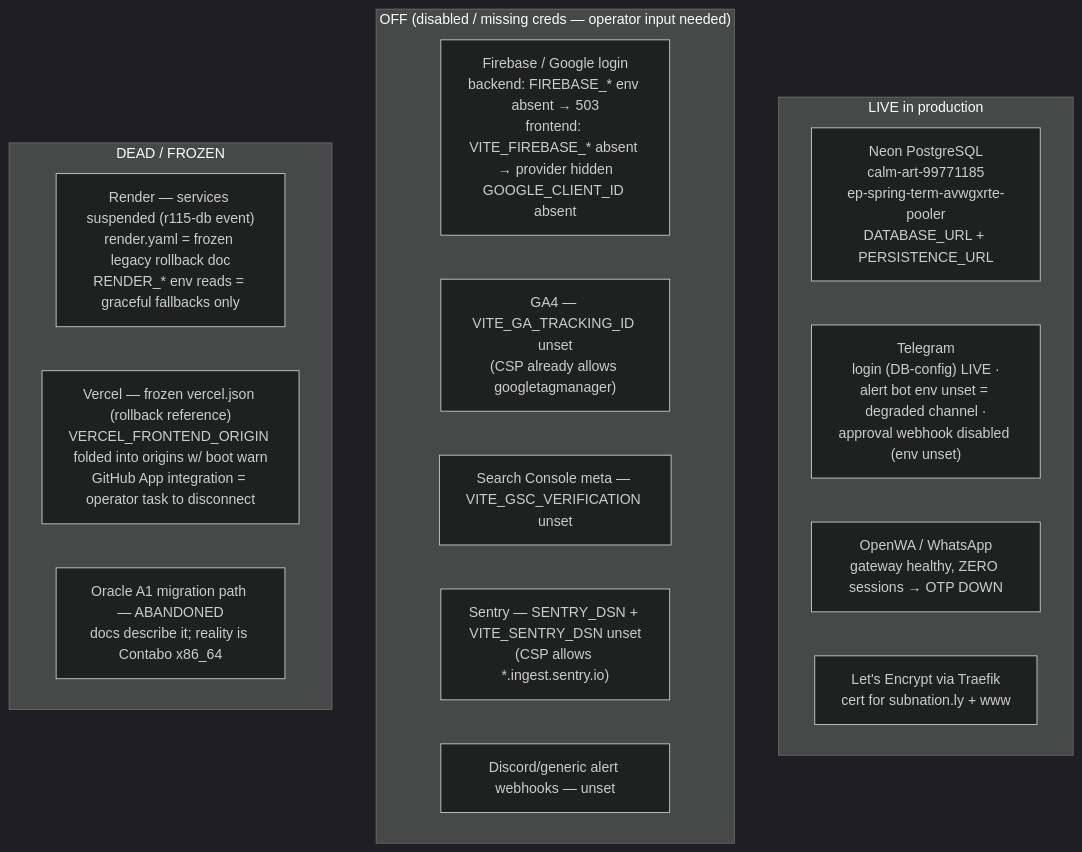
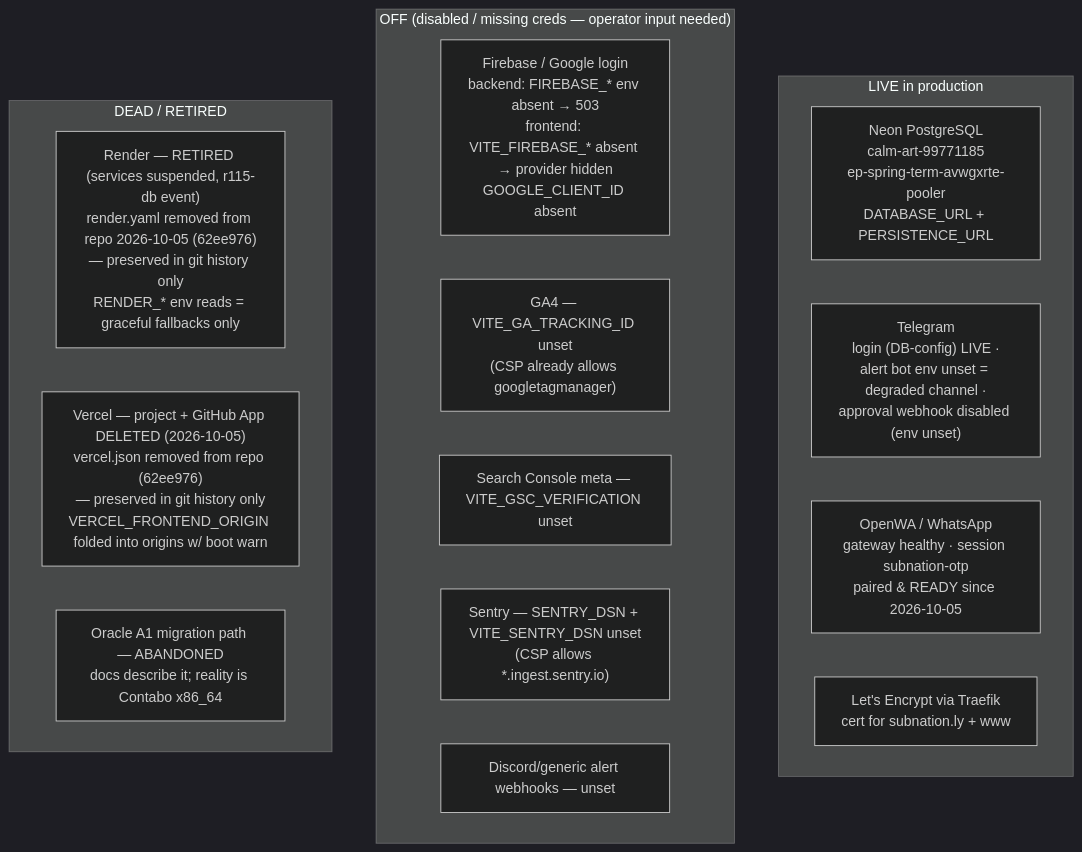
The diagram in docs/project-graph/10-external-integrations.mmd (ahmadmedo1012/SubNation2), drawn with Mermaid (dark theme) before and after one commit. The commit also changed 43 other files, not shown here.

```diff
--- a/docs/project-graph/10-external-integrations.mmd
+++ b/docs/project-graph/10-external-integrations.mmd
@@ -1,22 +1,22 @@
 %% External integrations — verified status 2026-10-05
 graph TB
     subgraph LIVE["LIVE in production"]
         NEON["Neon PostgreSQL<br/>calm-art-99771185<br/>ep-spring-term-avwgxrte-pooler<br/>DATABASE_URL + PERSISTENCE_URL"]
         TG["Telegram<br/>login (DB-config) LIVE ·<br/>alert bot env unset = degraded channel ·<br/>approval webhook disabled (env unset)"]
-        WA["OpenWA / WhatsApp<br/>gateway healthy, ZERO sessions → OTP DOWN"]
+        WA["OpenWA / WhatsApp<br/>gateway healthy · session subnation-otp<br/>paired & READY since 2026-10-05"]
         GSC2["Let's Encrypt via Traefik<br/>cert for subnation.ly + www"]
     end
 
     subgraph OFF["OFF (disabled / missing creds — operator input needed)"]
         FB["Firebase / Google login<br/>backend: FIREBASE_* env absent → 503<br/>frontend: VITE_FIREBASE_* absent → provider hidden<br/>GOOGLE_CLIENT_ID absent"]
         GA["GA4 — VITE_GA_TRACKING_ID unset<br/>(CSP already allows googletagmanager)"]
         GSC["Search Console meta — VITE_GSC_VERIFICATION unset"]
         SENTRY["Sentry — SENTRY_DSN + VITE_SENTRY_DSN unset<br/>(CSP allows *.ingest.sentry.io)"]
         ALERTS["Discord/generic alert webhooks — unset"]
     end
 
-    subgraph DEAD["DEAD / FROZEN"]
-        RENDER["Render — services suspended (r115-db event)<br/>render.yaml = frozen legacy rollback doc<br/>RENDER_* env reads = graceful fallbacks only"]
-        VERCEL["Vercel — frozen vercel.json (rollback reference)<br/>VERCEL_FRONTEND_ORIGIN folded into origins w/ boot warn<br/>GitHub App integration = operator task to disconnect"]
+    subgraph DEAD["DEAD / RETIRED"]
+        RENDER["Render — RETIRED (services suspended, r115-db event)<br/>render.yaml removed from repo 2026-10-05 (62ee976)<br/>— preserved in git history only<br/>RENDER_* env reads = graceful fallbacks only"]
+        VERCEL["Vercel — project + GitHub App DELETED (2026-10-05)<br/>vercel.json removed from repo (62ee976)<br/>— preserved in git history only<br/>VERCEL_FRONTEND_ORIGIN folded into origins w/ boot warn"]
         ORACLE["Oracle A1 migration path — ABANDONED<br/>docs describe it; reality is Contabo x86_64"]
     end
```
